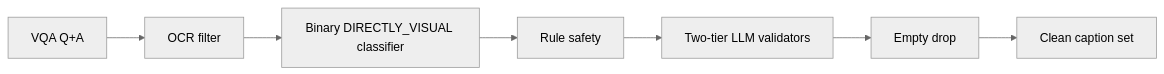
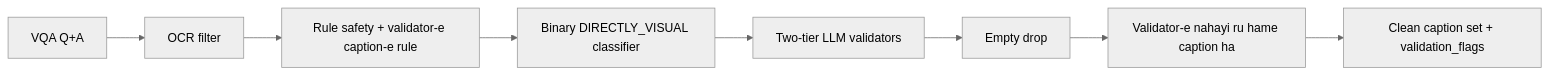
Before and after one commit to MahdiRuzmeh/ImageCaptioningImprovedVisualQuestionAnswering: the sixth of 6 diagrams in QuestionDependentCaptionGenerator/architecture/architecture.fa-en.md, drawn with Mermaid (neutral theme). The commit also changed other lines of this file and 7 other files, not shown here.

Commit message:
feat: Refine question classification and caption generation by implementing a conservative whitelist for visual questions, enhancing validation checks, and adding detailed logging for rule validation outcomes. Update documentation to reflect changes in classification logic and processing flow.

````diff
--- a/QuestionDependentCaptionGenerator/architecture/architecture.fa-en.md
+++ b/QuestionDependentCaptionGenerator/architecture/architecture.fa-en.md
@@ -240,9 +274,10 @@
 ```mermaid
 flowchart LR
   inQ[VQA Q+A] --> g1[OCR filter]
-  g1 --> g2[Binary DIRECTLY_VISUAL classifier]
-  g2 --> g3[Rule safety]
-  g3 --> g4[Two-tier LLM validators]
+  g1 --> g3[Rule safety + validator-e caption-e rule]
+  g3 --> g2[Binary DIRECTLY_VISUAL classifier]
+  g2 --> g4[Two-tier LLM validators]
   g4 --> g5[Empty drop]
-  g5 --> clean[Clean caption set]
+  g5 --> g6[Validator-e nahayi ru hame caption ha]
+  g6 --> clean[Clean caption set + validation_flags]
 ```
````
